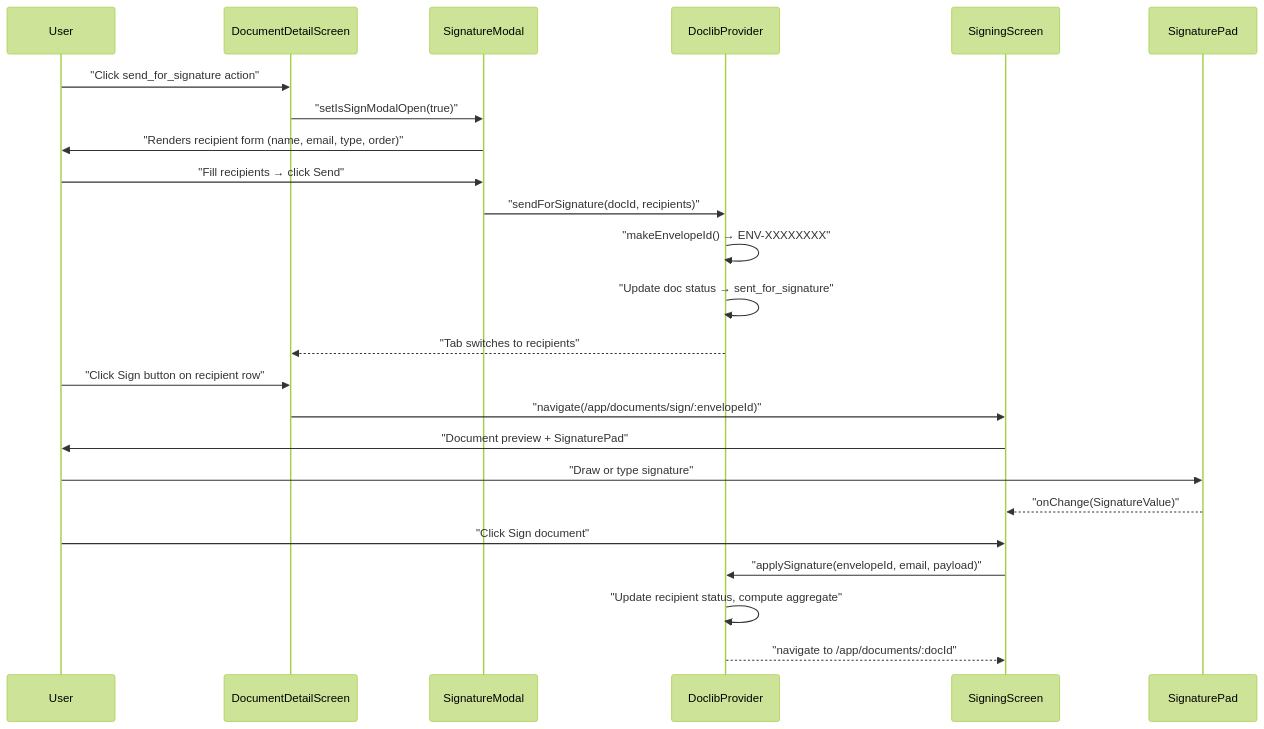
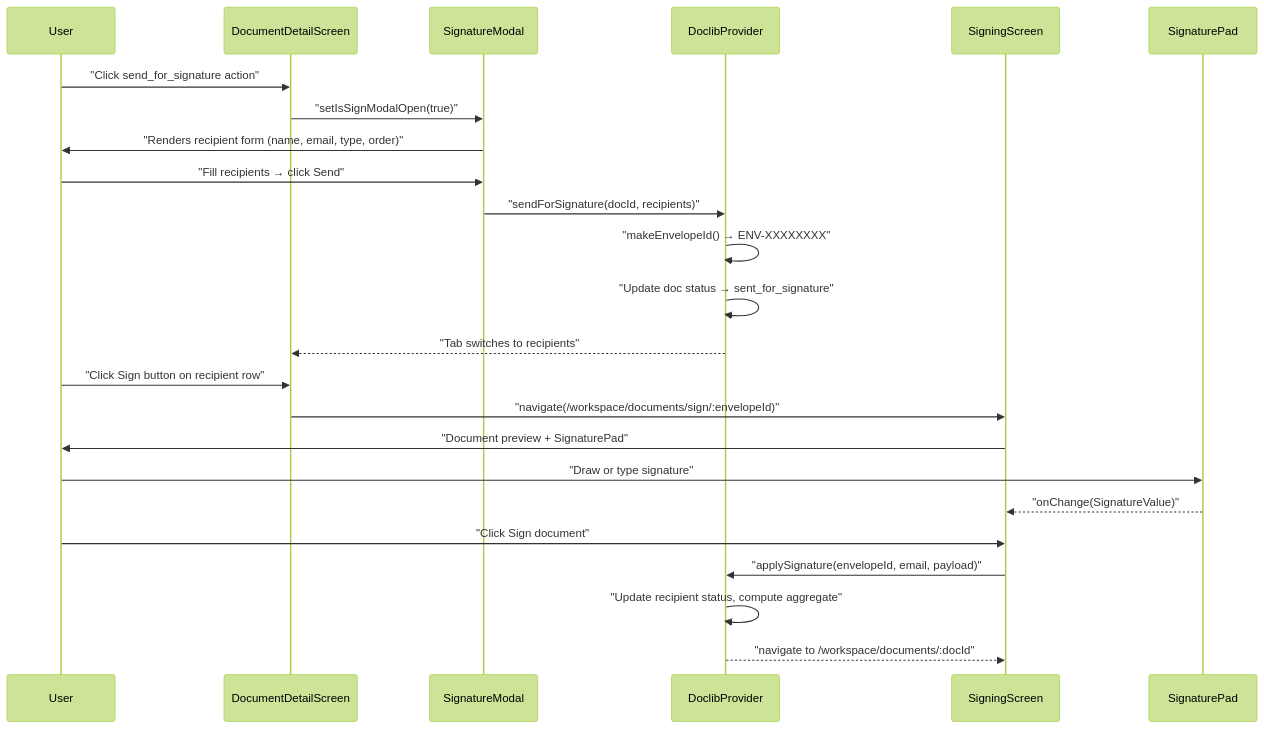
Before and after one commit to Dutiva-Canada/Dutiva_Web: the first of 4 diagrams in docs/wiki/Document-Studio-Signing-Export-Protection.md, drawn with Mermaid (forest theme). The commit also changed other lines of this file and 107 other files, not shown here.

````diff
--- a/docs/wiki/Document-Studio-Signing-Export-Protection.md
+++ b/docs/wiki/Document-Studio-Signing-Export-Protection.md
@@ -201,27 +201,27 @@
 ```mermaid
 sequenceDiagram
     participant User
     participant DocumentDetailScreen
     participant SignatureModal
     participant DoclibProvider
     participant SigningScreen
     participant SignaturePad
 
     User->>DocumentDetailScreen: "Click send_for_signature action"
     DocumentDetailScreen->>SignatureModal: "setIsSignModalOpen(true)"
     SignatureModal->>User: "Renders recipient form (name, email, type, order)"
     User->>SignatureModal: "Fill recipients → click Send"
     SignatureModal->>DoclibProvider: "sendForSignature(docId, recipients)"
     DoclibProvider->>DoclibProvider: "makeEnvelopeId() → ENV-XXXXXXXX"
     DoclibProvider->>DoclibProvider: "Update doc status → sent_for_signature"
     DoclibProvider-->>DocumentDetailScreen: "Tab switches to recipients"
     User->>DocumentDetailScreen: "Click Sign button on recipient row"
-    DocumentDetailScreen->>SigningScreen: "navigate(/app/documents/sign/:envelopeId)"
+    DocumentDetailScreen->>SigningScreen: "navigate(/workspace/documents/sign/:envelopeId)"
     SigningScreen->>User: "Document preview + SignaturePad"
     User->>SignaturePad: "Draw or type signature"
     SignaturePad-->>SigningScreen: "onChange(SignatureValue)"
     User->>SigningScreen: "Click Sign document"
     SigningScreen->>DoclibProvider: "applySignature(envelopeId, email, payload)"
     DoclibProvider->>DoclibProvider: "Update recipient status, compute aggregate"
-    DoclibProvider-->>SigningScreen: "navigate to /app/documents/:docId"
+    DoclibProvider-->>SigningScreen: "navigate to /workspace/documents/:docId"
 ```
````
